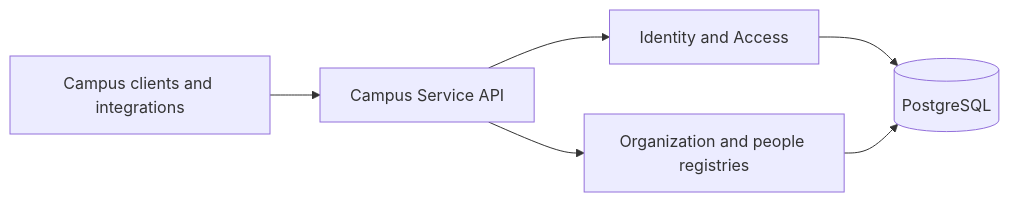
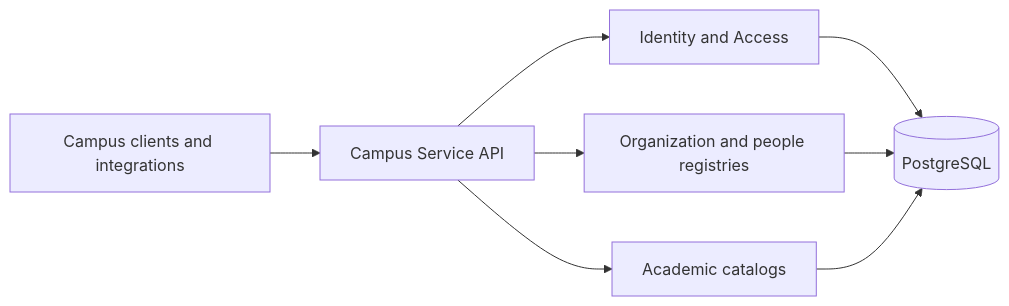
One commit to cdanh11/campus-service changed the first of 2 diagrams in docs/architecture.md. Above: the diagram before and after it, drawn with Mermaid. The commit also changed other lines of this file and 4 other files, not shown here.

````diff
--- a/docs/architecture.md
+++ b/docs/architecture.md
@@ -13,8 +13,10 @@
 ```mermaid
 flowchart LR
     Client[Campus clients and integrations] --> API[Campus Service API]
     API --> IAM[Identity and Access]
     API --> Registry[Organization and people registries]
+    API --> Academic[Academic catalogs]
     IAM --> DB[(PostgreSQL)]
     Registry --> DB
+    Academic --> DB
 ```
````
